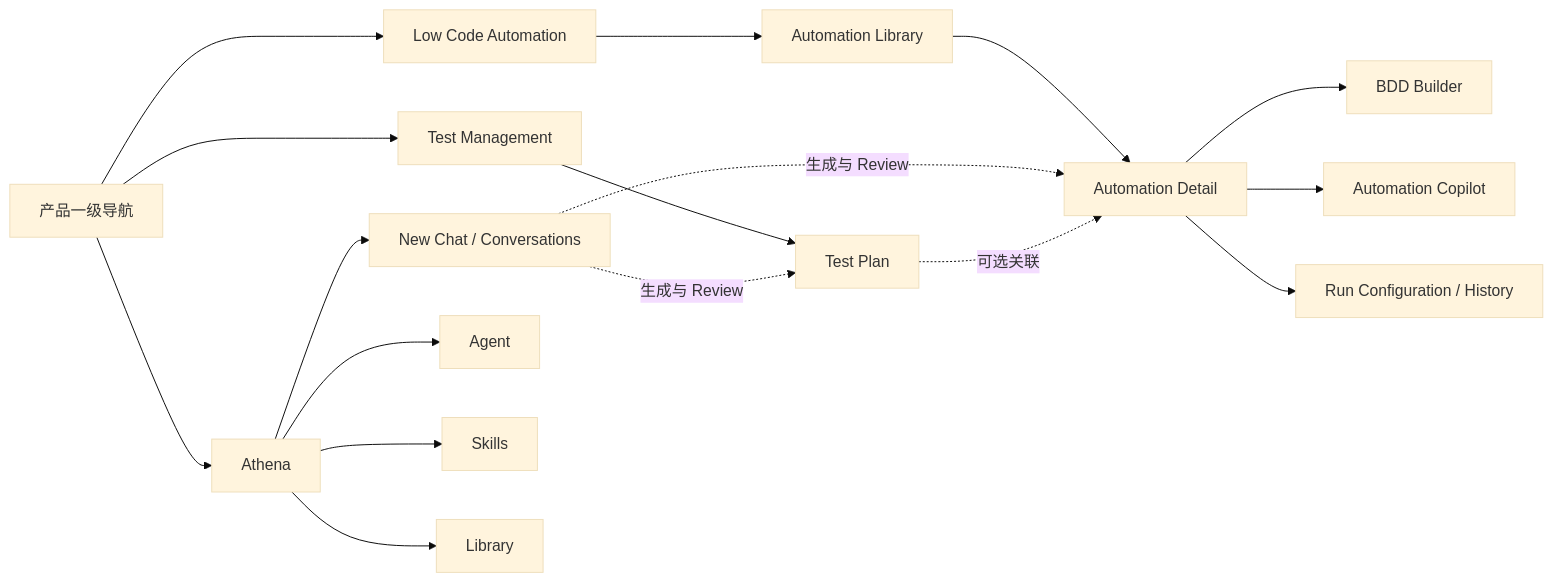
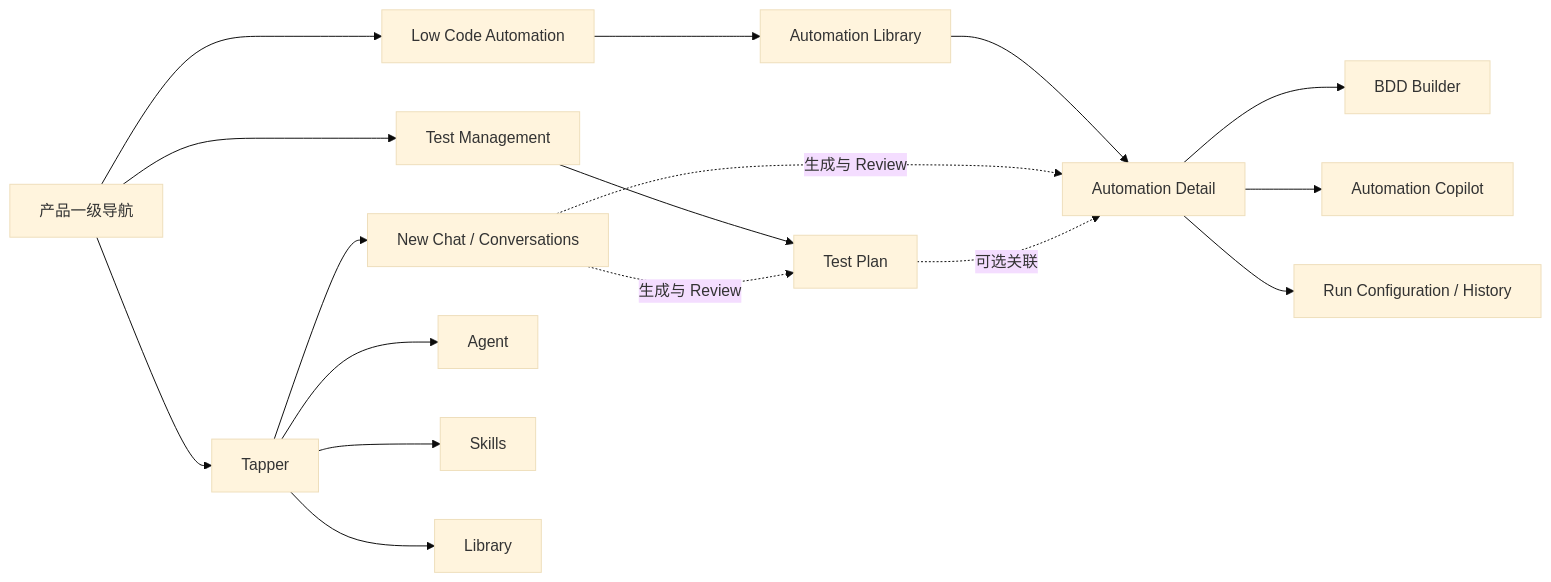
One commit to patrickstarpty/tap changed the first of 2 diagrams in docs/proposals/2026-09-03-rfc-008-tap-product-shell-and-low-code-automation.md. Above: the diagram before and after it, drawn with Mermaid (base theme). The commit also changed other lines of this file and 53 other files, not shown here.

````diff
--- a/docs/proposals/2026-09-03-rfc-008-tap-product-shell-and-low-code-automation.md
+++ b/docs/proposals/2026-09-03-rfc-008-tap-product-shell-and-low-code-automation.md
@@ -116,22 +118,22 @@
 ```mermaid
 flowchart LR
-    Rail[产品一级导航] --> Athena[Athena]
+    Rail[产品一级导航] --> Tapper[Tapper]
     Rail --> TM[Test Management]
     Rail --> LCA[Low Code Automation]
 
-    Athena --> Chat[New Chat / Conversations]
-    Athena --> Agents[Agent]
-    Athena --> Skills[Skills]
-    Athena --> Library[Library]
+    Tapper --> Chat[New Chat / Conversations]
+    Tapper --> Agents[Agent]
+    Tapper --> Skills[Skills]
+    Tapper --> Library[Library]
 
     TM --> TP[Test Plan]
     LCA --> AL[Automation Library]
     AL --> AD[Automation Detail]
     AD --> BDD[BDD Builder]
     AD --> Copilot[Automation Copilot]
     AD --> Run[Run Configuration / History]
 
     Chat -. 生成与 Review .-> TP
     Chat -. 生成与 Review .-> AD
     TP -. 可选关联 .-> AD
 ```
````
